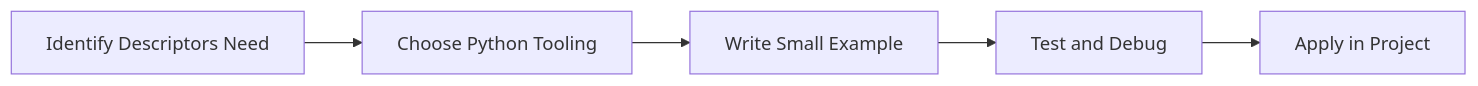
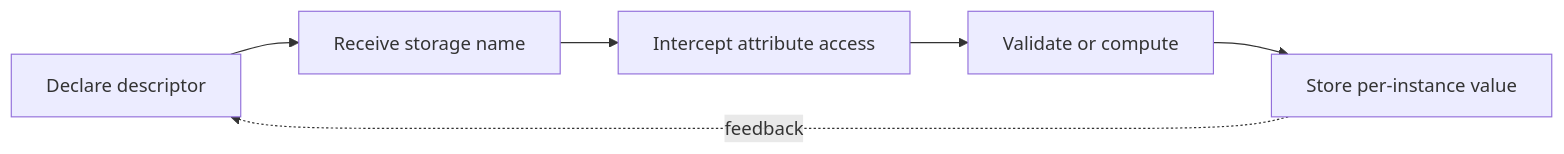
The diagram in Python-Mastery/Advanced/09-descriptors.md (SYMOIZ/E-Learning-Portal), drawn with Mermaid before and after one commit. The commit also changed other lines of this file and 116 other files, not shown here.

````diff
--- a/Python-Mastery/Advanced/09-descriptors.md
+++ b/Python-Mastery/Advanced/09-descriptors.md
@@ -150,7 +183,8 @@
 ```mermaid
 flowchart LR
-    A[Identify Descriptors Need] --> B[Choose Python Tooling]
-    B --> C[Write Small Example]
-    C --> D[Test and Debug]
-    D --> E[Apply in Project]
+    A[Declare descriptor] --> B[Receive storage name]
+    B --> C[Intercept attribute access]
+    C --> D[Validate or compute]
+    D --> E[Store per-instance value]
+    E -. feedback .-> A
 ```
````
